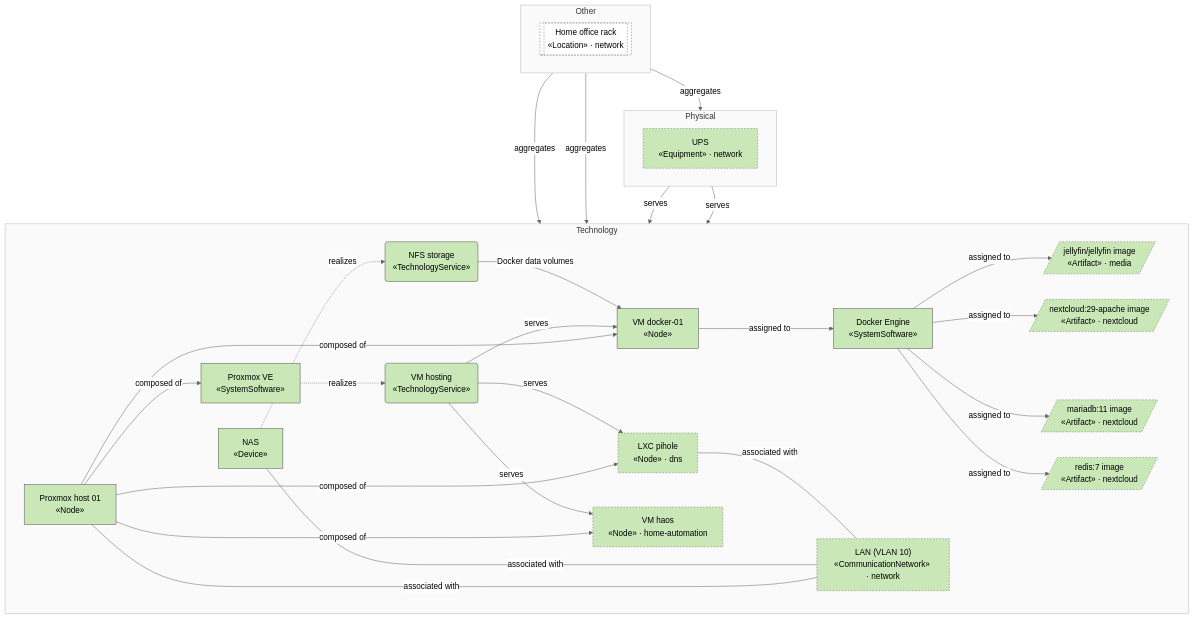
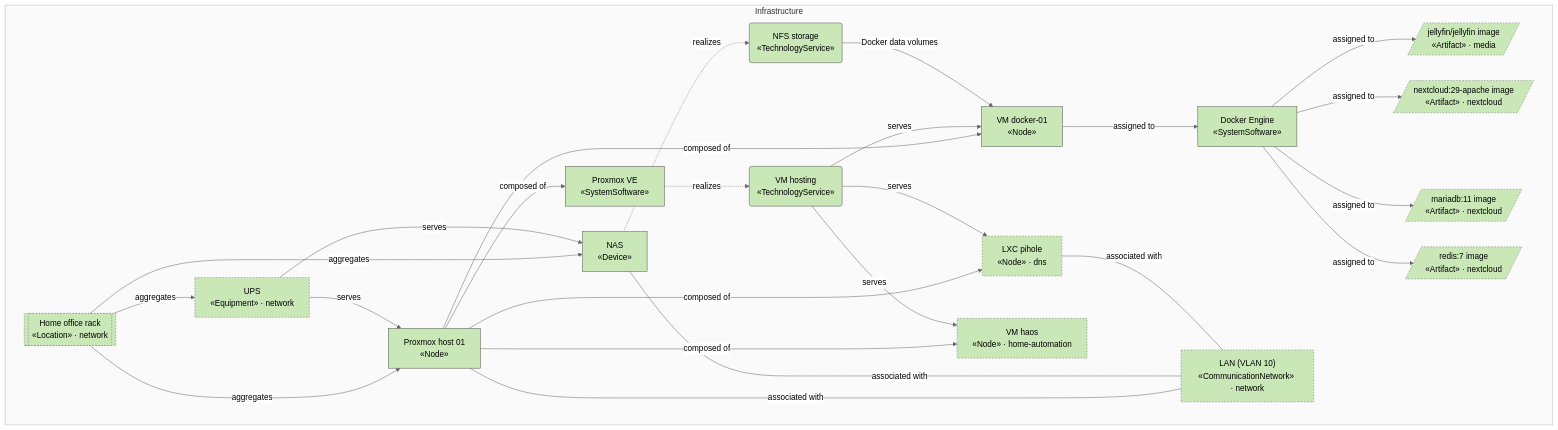
The third of 3 diagrams in docs/compute/view-infrastructure.md (b-zig/a4m), drawn with Mermaid (neutral theme) before and after one commit. The commit also changed other lines of this file and 83 other files, not shown here.

````diff
--- a/docs/compute/view-infrastructure.md
+++ b/docs/compute/view-infrastructure.md
@@ -143,62 +119,50 @@
 ```mermaid
 flowchart TB
-  subgraph layer_technology["Technology"]
+  subgraph layer_infrastructure["Infrastructure"]
     direction LR
-    tech_pve_01["Proxmox host 01<br/>«Node»"]
-    tech_proxmox_ve["Proxmox VE<br/>«SystemSoftware»"]
-    tech_vm_docker["VM docker-01<br/>«Node»"]
-    tech_docker["Docker Engine<br/>«SystemSoftware»"]
-    tech_nas["NAS<br/>«Device»"]
-    tech_svc_vm_hosting("VM hosting<br/>«TechnologyService»")
-    tech_svc_nfs("NFS storage<br/>«TechnologyService»")
-    dns__tech_lxc_pihole["LXC pihole<br/>«Node» · dns"]
-    home_automation__tech_vm_haos["VM haos<br/>«Node» · home-automation"]
-    media__tech_art_jellyfin[/"jellyfin/jellyfin image<br/>«Artifact» · media"/]
-    network__tech_net_lan["LAN (VLAN 10)<br/>«CommunicationNetwork» · network"]
-    nextcloud__tech_art_mariadb[/"mariadb:11 image<br/>«Artifact» · nextcloud"/]
-    nextcloud__tech_art_nextcloud[/"nextcloud:29-apache image<br/>«Artifact» · nextcloud"/]
-    nextcloud__tech_art_redis[/"redis:7 image<br/>«Artifact» · nextcloud"/]
+    infra_pve_01["Proxmox host 01<br/>«Node»"]
+    infra_proxmox_ve["Proxmox VE<br/>«SystemSoftware»"]
+    infra_vm_docker["VM docker-01<br/>«Node»"]
+    infra_docker["Docker Engine<br/>«SystemSoftware»"]
+    infra_nas["NAS<br/>«Device»"]
+    infra_svc_vm_hosting("VM hosting<br/>«TechnologyService»")
+    infra_svc_nfs("NFS storage<br/>«TechnologyService»")
+    dns__infra_lxc_pihole["LXC pihole<br/>«Node» · dns"]
+    home_automation__infra_vm_haos["VM haos<br/>«Node» · home-automation"]
+    media__infra_art_jellyfin[/"jellyfin/jellyfin image<br/>«Artifact» · media"/]
+    network__infra_loc_home[["Home office rack<br/>«Location» · network"]]
+    network__infra_net_lan["LAN (VLAN 10)<br/>«CommunicationNetwork» · network"]
+    network__infra_ups["UPS<br/>«Equipment» · network"]
+    nextcloud__infra_art_mariadb[/"mariadb:11 image<br/>«Artifact» · nextcloud"/]
+    nextcloud__infra_art_nextcloud[/"nextcloud:29-apache image<br/>«Artifact» · nextcloud"/]
+    nextcloud__infra_art_redis[/"redis:7 image<br/>«Artifact» · nextcloud"/]
   end
-  subgraph layer_physical["Physical"]
-    direction LR
-    network__phys_ups["UPS<br/>«Equipment» · network"]
-  end
-  subgraph layer_other["Other"]
-    direction LR
-    network__oth_loc_home[["Home office rack<br/>«Location» · network"]]
-  end
-  tech_pve_01 -->|"composed of"| tech_proxmox_ve
-  tech_pve_01 -->|"composed of"| tech_vm_docker
-  tech_proxmox_ve -.->|"realizes"| tech_svc_vm_hosting
-  tech_svc_vm_hosting -->|"serves"| tech_vm_docker
-  tech_vm_docker -->|"assigned to"| tech_docker
-  tech_nas -.->|"realizes"| tech_svc_nfs
-  tech_svc_nfs -->|"Docker data volumes"| tech_vm_docker
-  network__oth_loc_home -->|"aggregates"| tech_pve_01
-  network__oth_loc_home -->|"aggregates"| tech_nas
-  network__phys_ups -->|"serves"| tech_pve_01
-  network__phys_ups -->|"serves"| tech_nas
-  tech_pve_01 ---|"associated with"| network__tech_net_lan
-  tech_nas ---|"associated with"| network__tech_net_lan
-  tech_pve_01 -->|"composed of"| dns__tech_lxc_pihole
-  tech_svc_vm_hosting -->|"serves"| dns__tech_lxc_pihole
-  dns__tech_lxc_pihole ---|"associated with"| network__tech_net_lan
-  tech_pve_01 -->|"composed of"| home_automation__tech_vm_haos
-  tech_svc_vm_hosting -->|"serves"| home_automation__tech_vm_haos
-  tech_docker -->|"assigned to"| media__tech_art_jellyfin
-  network__oth_loc_home -->|"aggregates"| network__phys_ups
-  tech_docker -->|"assigned to"| nextcloud__tech_art_nextcloud
-  tech_docker -->|"assigned to"| nextcloud__tech_art_mariadb
-  tech_docker -->|"assigned to"| nextcloud__tech_art_redis
-  classDef technology fill:#C9E7B7,stroke:#555,color:#000
-  class tech_pve_01,tech_proxmox_ve,tech_vm_docker,tech_docker,tech_nas,tech_svc_vm_hosting,tech_svc_nfs,dns__tech_lxc_pihole,home_automation__tech_vm_haos,media__tech_art_jellyfin,network__tech_net_lan,nextcloud__tech_art_mariadb,nextcloud__tech_art_nextcloud,nextcloud__tech_art_redis technology
-  style layer_technology fill:#fafafa,stroke:#bbb
-  classDef physical fill:#C9E7B7,stroke:#555,color:#000
-  class network__phys_ups physical
-  style layer_physical fill:#fafafa,stroke:#bbb
-  classDef other fill:#FFFFFF,stroke:#555,color:#000
-  class network__oth_loc_home other
-  style layer_other fill:#fafafa,stroke:#bbb
+  infra_pve_01 -->|"composed of"| infra_proxmox_ve
+  infra_pve_01 -->|"composed of"| infra_vm_docker
+  infra_proxmox_ve -.->|"realizes"| infra_svc_vm_hosting
+  infra_svc_vm_hosting -->|"serves"| infra_vm_docker
+  infra_vm_docker -->|"assigned to"| infra_docker
+  infra_nas -.->|"realizes"| infra_svc_nfs
+  infra_svc_nfs -->|"Docker data volumes"| infra_vm_docker
+  network__infra_loc_home -->|"aggregates"| infra_pve_01
+  network__infra_loc_home -->|"aggregates"| infra_nas
+  network__infra_ups -->|"serves"| infra_pve_01
+  network__infra_ups -->|"serves"| infra_nas
+  infra_pve_01 ---|"associated with"| network__infra_net_lan
+  infra_nas ---|"associated with"| network__infra_net_lan
+  infra_pve_01 -->|"composed of"| dns__infra_lxc_pihole
+  infra_svc_vm_hosting -->|"serves"| dns__infra_lxc_pihole
+  dns__infra_lxc_pihole ---|"associated with"| network__infra_net_lan
+  infra_pve_01 -->|"composed of"| home_automation__infra_vm_haos
+  infra_svc_vm_hosting -->|"serves"| home_automation__infra_vm_haos
+  infra_docker -->|"assigned to"| media__infra_art_jellyfin
+  network__infra_loc_home -->|"aggregates"| network__infra_ups
+  infra_docker -->|"assigned to"| nextcloud__infra_art_nextcloud
+  infra_docker -->|"assigned to"| nextcloud__infra_art_mariadb
+  infra_docker -->|"assigned to"| nextcloud__infra_art_redis
+  classDef infrastructure fill:#C9E7B7,stroke:#555,color:#000
+  class infra_pve_01,infra_proxmox_ve,infra_vm_docker,infra_docker,infra_nas,infra_svc_vm_hosting,infra_svc_nfs,dns__infra_lxc_pihole,home_automation__infra_vm_haos,media__infra_art_jellyfin,network__infra_loc_home,network__infra_net_lan,network__infra_ups,nextcloud__infra_art_mariadb,nextcloud__infra_art_nextcloud,nextcloud__infra_art_redis infrastructure
+  style layer_infrastructure fill:#fafafa,stroke:#bbb
   classDef foreign stroke:#777,stroke-dasharray:3 3
-  class dns__tech_lxc_pihole,home_automation__tech_vm_haos,media__tech_art_jellyfin,network__oth_loc_home,network__phys_ups,network__tech_net_lan,nextcloud__tech_art_mariadb,nextcloud__tech_art_nextcloud,nextcloud__tech_art_redis foreign
+  class dns__infra_lxc_pihole,home_automation__infra_vm_haos,media__infra_art_jellyfin,network__infra_loc_home,network__infra_net_lan,network__infra_ups,nextcloud__infra_art_mariadb,nextcloud__infra_art_nextcloud,nextcloud__infra_art_redis foreign
 ```
````
